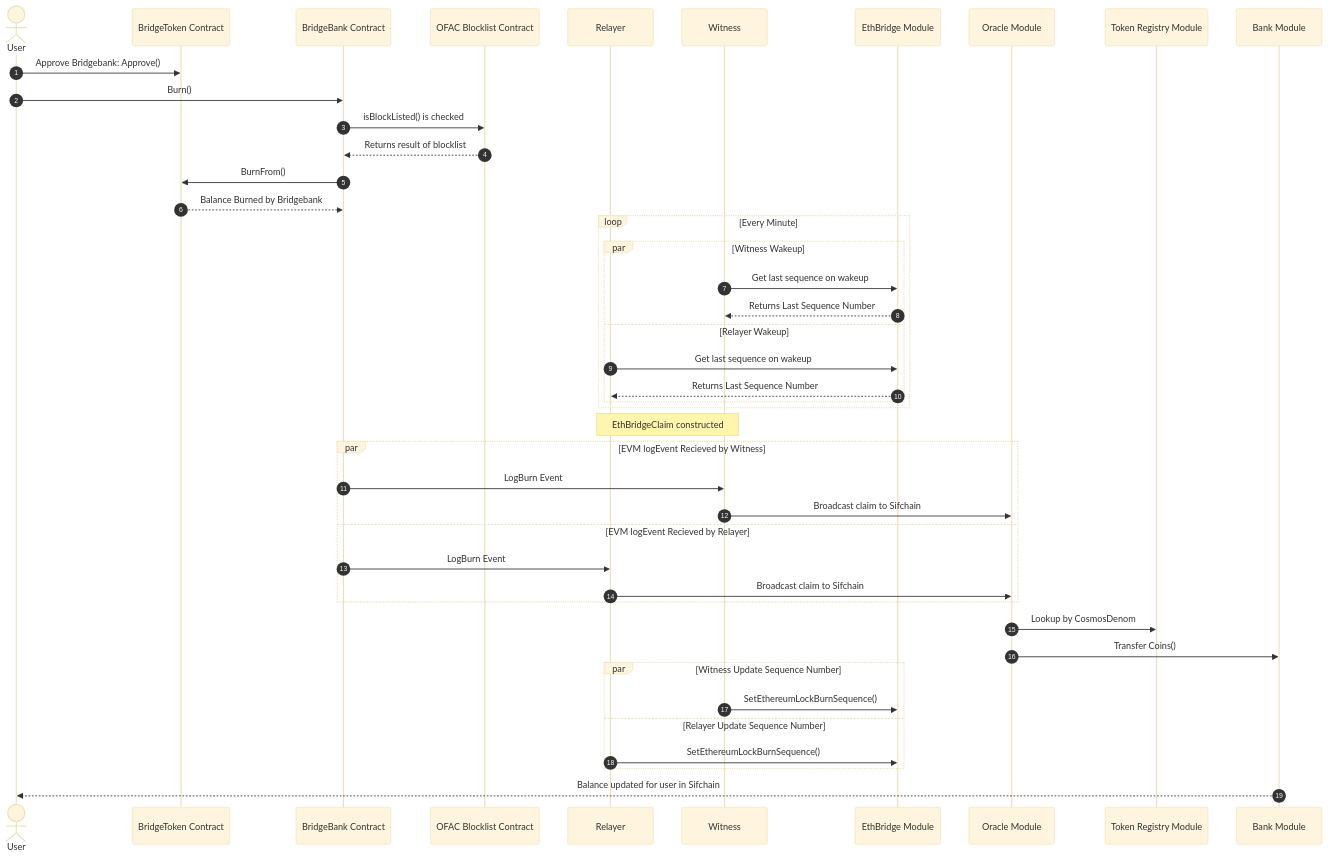
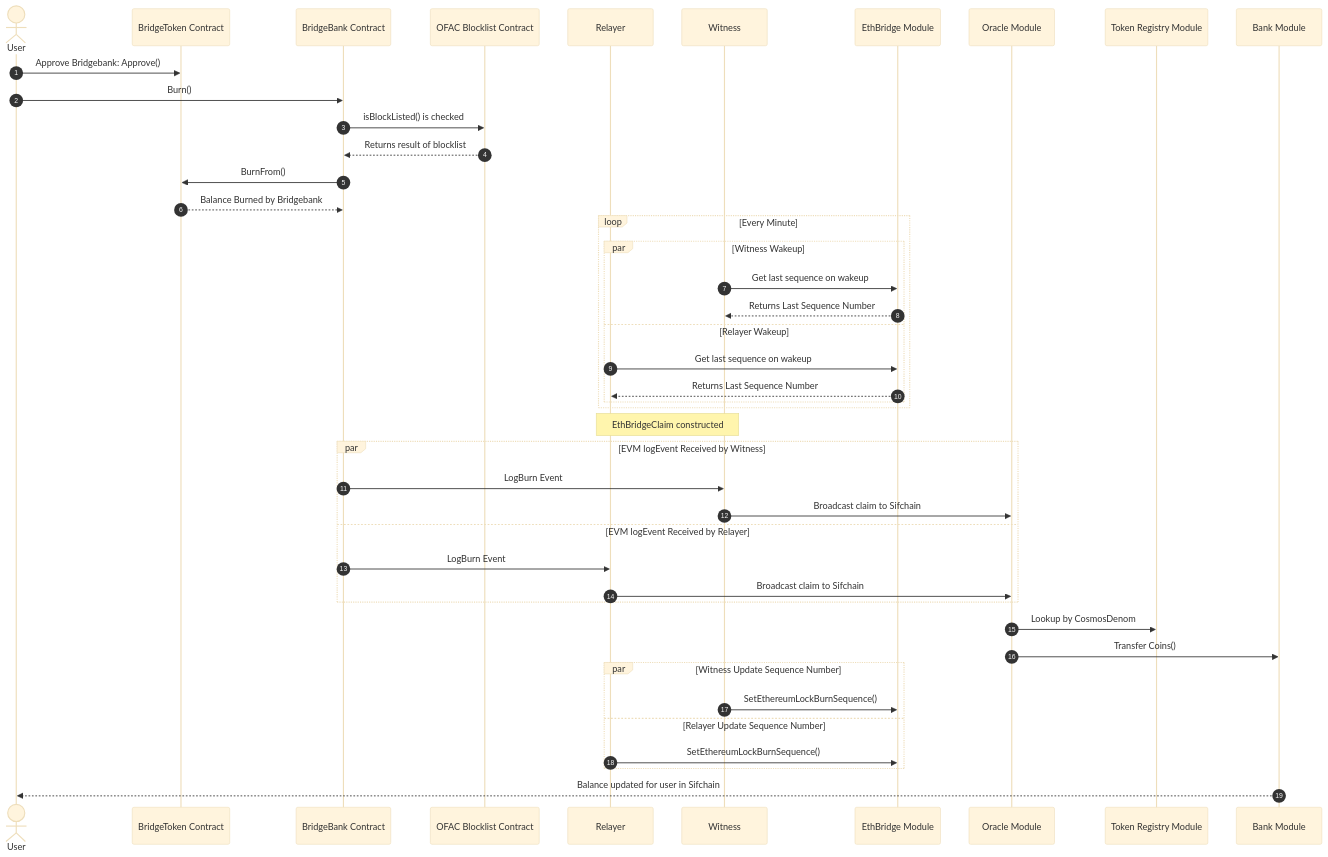
Before and after one commit to Sifchain/sifnode: the diagram in docs/peggy/docs/Scenarios/cosmosImport.md, drawn with Mermaid (base theme). The commit also changed other lines of this file and 10 other files, not shown here.

Commit message:
Added documentation on the Smart Contracts with indepeth UML diagrams demonstrating relationships. Also merged in significant grammar, spelling, and flow changes to the documentation.

````diff
--- a/docs/peggy/docs/Scenarios/cosmosImport.md
+++ b/docs/peggy/docs/Scenarios/cosmosImport.md
@@ -10,52 +10,52 @@
 ```mermaid
 sequenceDiagram
   autonumber
 
   actor User
   participant BridgeToken Contract
   participant BridgeBank as BridgeBank Contract
   participant OFAC Blocklist Contract
   participant Relayer
   participant Witness
   participant EthBridge Module
   participant Oracle Module
   participant Token Registry Module
   participant Bank Module
 
   User ->> BridgeToken Contract: Approve Bridgebank: Approve()
   User ->> BridgeBank: Burn()
   BridgeBank ->> OFAC Blocklist Contract: isBlockListed() is checked
   OFAC Blocklist Contract -->> BridgeBank: Returns result of blocklist
   BridgeBank ->> BridgeToken Contract: BurnFrom()
   BridgeToken Contract -->> BridgeBank: Balance Burned by Bridgebank
 
   loop Every Minute
     par Witness Wakeup
       Witness ->> EthBridge Module: Get last sequence on wakeup
       EthBridge Module -->> Witness: Returns Last Sequence Number
     and Relayer Wakeup
           Relayer ->> EthBridge Module: Get last sequence on wakeup
       EthBridge Module -->> Relayer: Returns Last Sequence Number
     end
   end
 
   Note over Witness,Relayer: EthBridgeClaim constructed
-  par EVM logEvent Recieved by Witness
+  par EVM logEvent Received by Witness
   BridgeBank ->> Witness: LogBurn Event
   Witness ->> Oracle Module: Broadcast claim to Sifchain
-  and EVM logEvent Recieved by Relayer
+  and EVM logEvent Received by Relayer
   BridgeBank ->> Relayer: LogBurn Event
   Relayer ->> Oracle Module: Broadcast claim to Sifchain
   end
 
   Oracle Module ->> Token Registry Module: Lookup by CosmosDenom
   Oracle Module ->> Bank Module: Transfer Coins()
 
   par Witness Update Sequence Number
     Witness ->> EthBridge Module: SetEthereumLockBurnSequence()
   and Relayer Update Sequence Number
       Relayer ->> EthBridge Module: SetEthereumLockBurnSequence()
   end
 
   Bank Module -->> User: Balance updated for user in Sifchain
 ```
````
